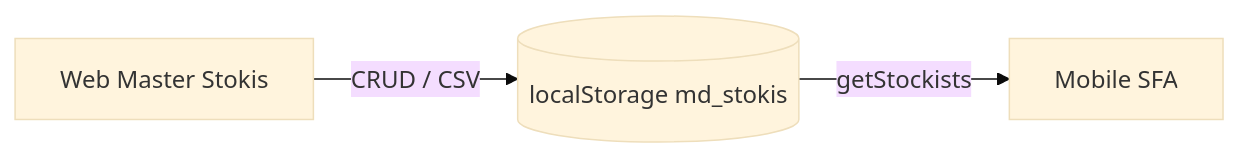
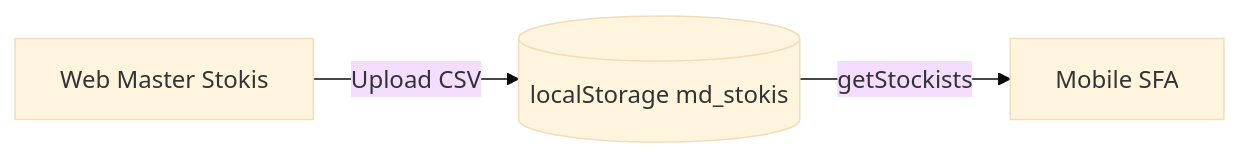
One commit to Agengkurnia/prototype-falcon-fprs-web changed the diagram in docs/web/master_stokis.md. Above: the diagram before and after it, drawn with Mermaid (base theme). The commit also changed other lines of this file and 114 other files, not shown here.

````diff
--- a/docs/web/master_stokis.md
+++ b/docs/web/master_stokis.md
@@ -62,8 +66,8 @@
 ```mermaid
 flowchart LR
     WEB[Web Master Stokis]
     LS[(localStorage md_stokis)]
     MOB[Mobile SFA]
-    WEB -->|CRUD / CSV| LS
+    WEB -->|Upload CSV| LS
     LS -->|getStockists| MOB
 ```
````
